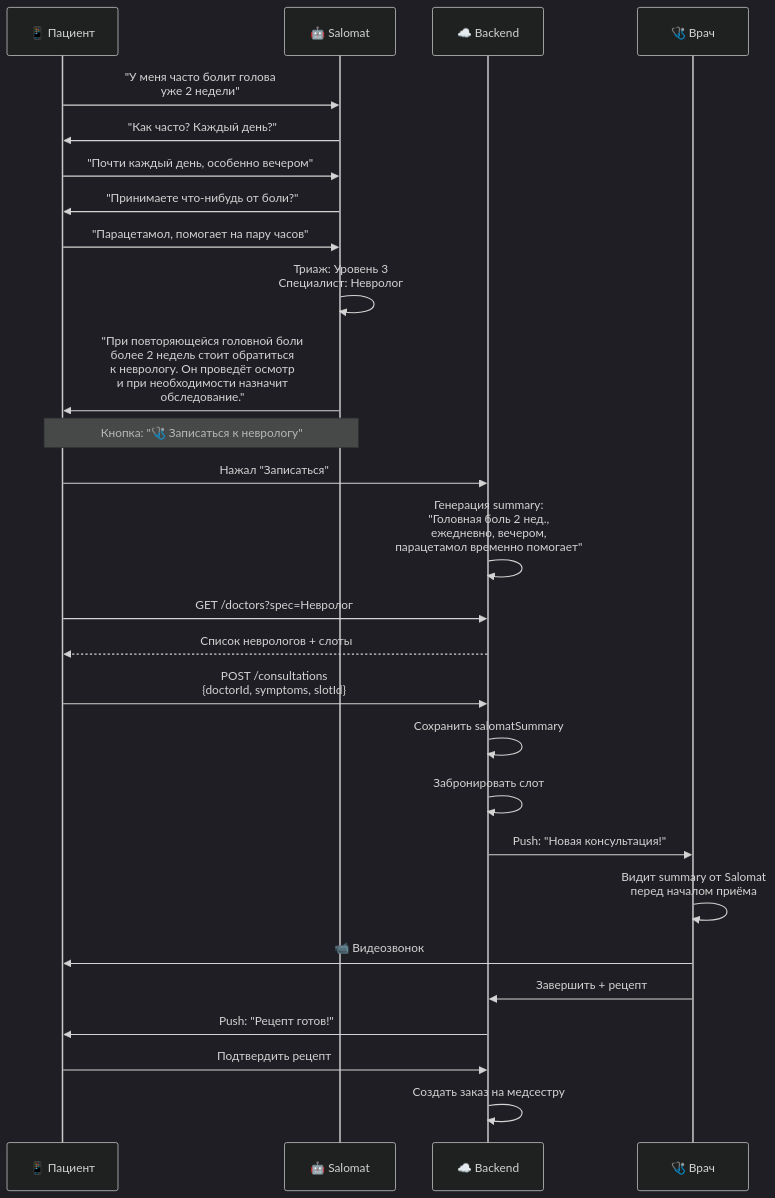
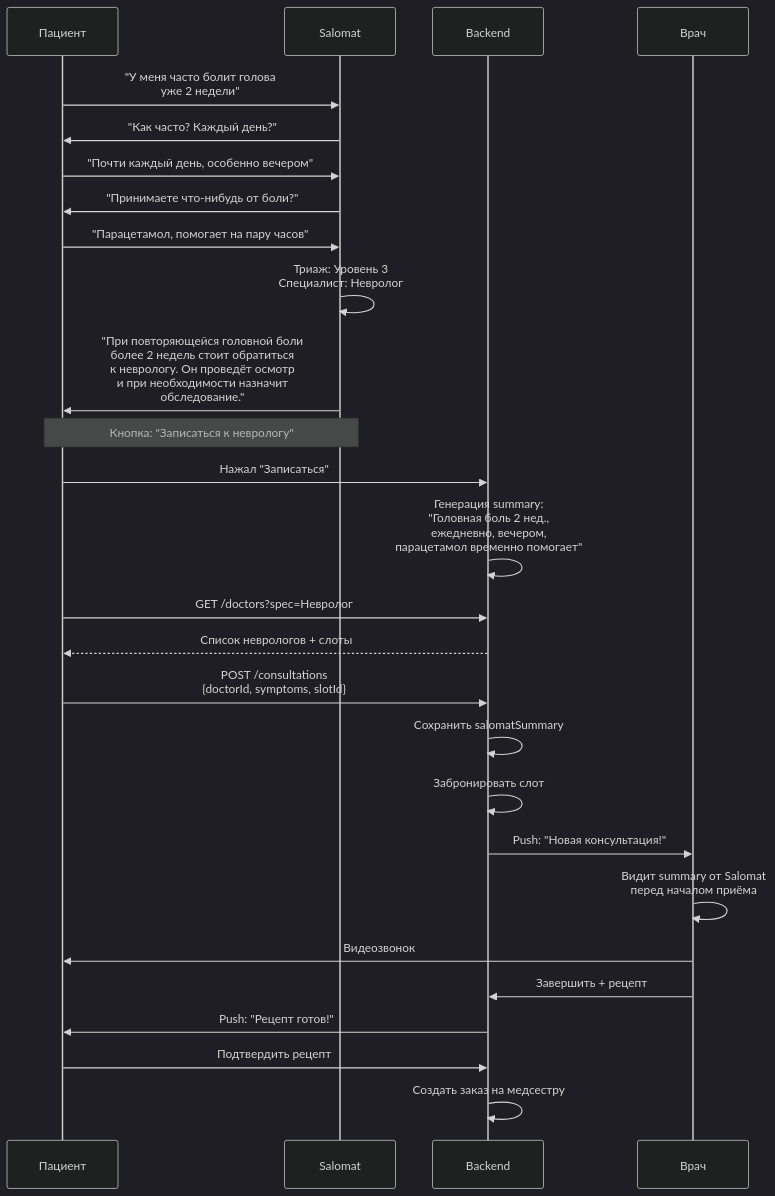
Before and after one commit to abubakirilhomov/hamshiraGo: the fifth of 10 diagrams in docs/SALOMAT_FLOW.md, drawn with Mermaid (dark theme). The commit also changed other lines of this file and 1 other file, not shown here.

First line of the commit message:
fix(docs): remove emoji + fix quotes in Mermaid diagrams

````diff
--- a/docs/SALOMAT_FLOW.md
+++ b/docs/SALOMAT_FLOW.md
@@ -171,38 +171,38 @@
 ```mermaid
 sequenceDiagram
-    participant P as 📱 Пациент
-    participant SAL as 🤖 Salomat
-    participant API as ☁️ Backend
-    participant D as 🩺 Врач
+    participant P as Пациент
+    participant SAL as Salomat
+    participant API as Backend
+    participant D as Врач
 
     P->>SAL: "У меня часто болит голова<br/>уже 2 недели"
     SAL->>P: "Как часто? Каждый день?"
     P->>SAL: "Почти каждый день, особенно вечером"
     SAL->>P: "Принимаете что-нибудь от боли?"
     P->>SAL: "Парацетамол, помогает на пару часов"
     
     SAL->>SAL: Триаж: Уровень 3<br/>Специалист: Невролог
     
     SAL->>P: "При повторяющейся головной боли<br/>более 2 недель стоит обратиться<br/>к неврологу. Он проведёт осмотр<br/>и при необходимости назначит<br/>обследование."
     
-    Note over SAL,P: Кнопка: "🩺 Записаться к неврологу"
+    Note over SAL,P: Кнопка: "Записаться к неврологу"
     
     P->>API: Нажал "Записаться"
     API->>API: Генерация summary:<br/>"Головная боль 2 нед.,<br/>ежедневно, вечером,<br/>парацетамол временно помогает"
     
     P->>API: GET /doctors?spec=Невролог
     API-->>P: Список неврологов + слоты
     
     P->>API: POST /consultations<br/>{doctorId, symptoms, slotId}
     API->>API: Сохранить salomatSummary
     API->>API: Забронировать слот
     API->>D: Push: "Новая консультация!"
     
     D->>D: Видит summary от Salomat<br/>перед началом приёма
-    D->>P: 📹 Видеозвонок
+    D->>P: Видеозвонок
     D->>API: Завершить + рецепт
     
     API->>P: Push: "Рецепт готов!"
     P->>API: Подтвердить рецепт
     API->>API: Создать заказ на медсестру
 ```
````
